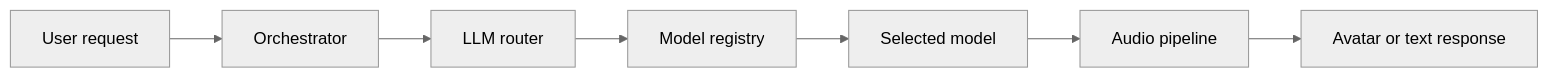
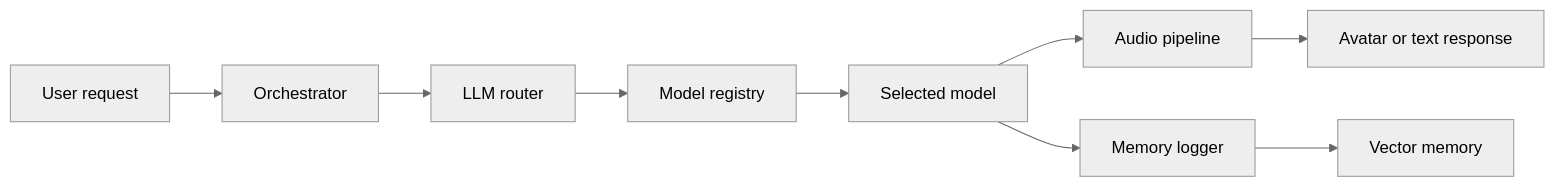
Before and after one commit to DINGIRABZU/ABZU: the second of 2 diagrams in docs/architecture_overview.md, drawn with Mermaid (neutral theme). The commit also changed other lines of this file and 1 other file, not shown here.

Commit message:
docs: update status and architecture

````diff
--- a/docs/architecture_overview.md
+++ b/docs/architecture_overview.md
@@ -45,9 +52,11 @@
 ```mermaid
 flowchart LR
     U[User request] --> O[Orchestrator]
     O --> R[LLM router]
     R --> M[Model registry]
     M --> L[Selected model]
     L --> A[Audio pipeline]
+    L --> ML[Memory logger]
+    ML --> V[Vector memory]
     A --> S[Avatar or text response]
 ```
````
